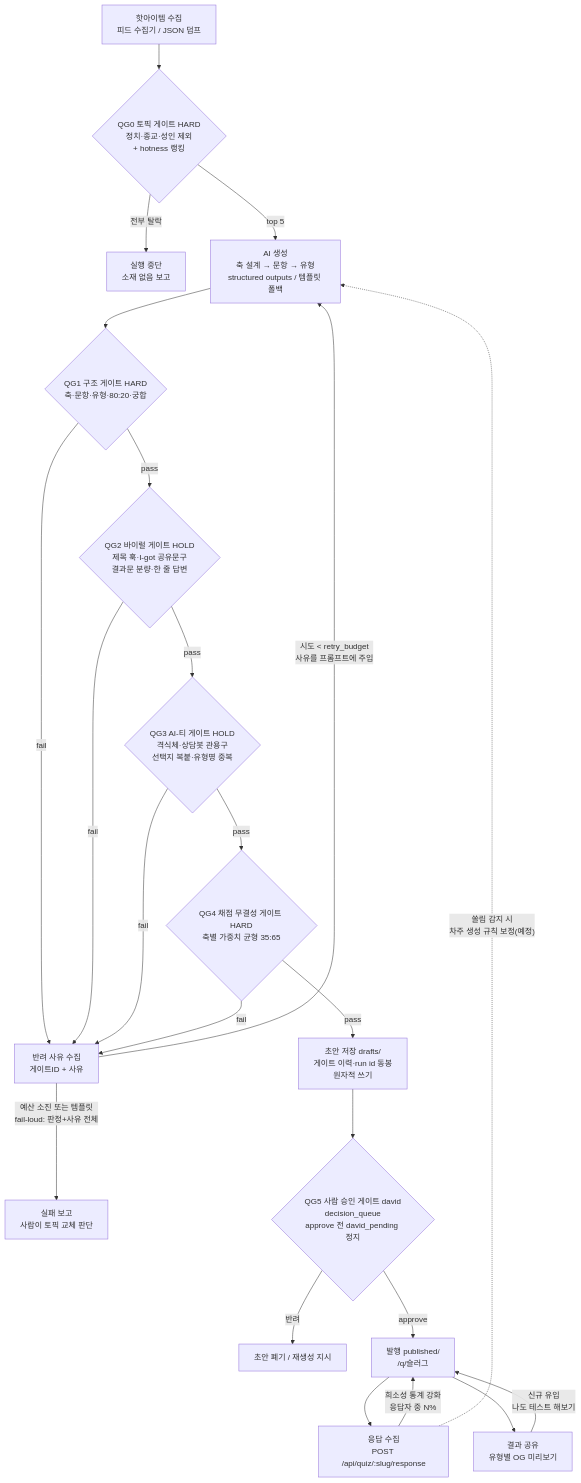
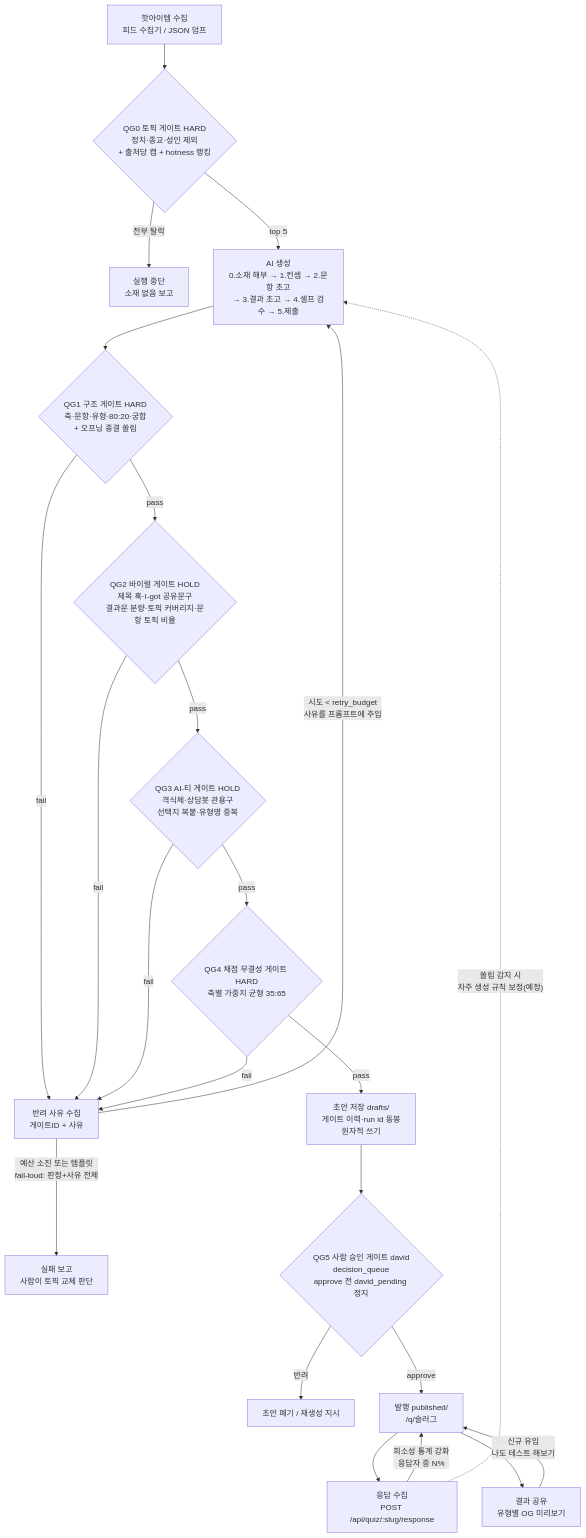
One commit to comeva2kr/ai-command-bus changed the diagram in docs/quiz-loopgate.md. Above: the diagram before and after it, drawn with Mermaid. The commit also changed other lines of this file and 7 other files, not shown here.

````diff
--- a/docs/quiz-loopgate.md
+++ b/docs/quiz-loopgate.md
@@ -34,29 +45,29 @@
 ```mermaid
 flowchart TD
-    A[핫아이템 수집<br/>피드 수집기 / JSON 덤프] --> G0{QG0 토픽 게이트 HARD<br/>정치·종교·성인 제외<br/>+ hotness 랭킹}
+    A[핫아이템 수집<br/>피드 수집기 / JSON 덤프] --> G0{QG0 토픽 게이트 HARD<br/>정치·종교·성인 제외<br/>+ 출처당 캡 + hotness 랭킹}
     G0 -- 전부 탈락 --> X0[실행 중단<br/>소재 없음 보고]
-    G0 -- top 5 --> GEN[AI 생성<br/>축 설계 → 문항 → 유형<br/>structured outputs / 템플릿 폴백]
+    G0 -- top 5 --> GEN[AI 생성<br/>0.소재 해부 → 1.컨셉 → 2.문항 초고<br/>→ 3.결과 초고 → 4.셀프 검수 → 5.제출]
 
-    GEN --> G1{QG1 구조 게이트 HARD<br/>축·문항·유형·80:20·궁합}
+    GEN --> G1{QG1 구조 게이트 HARD<br/>축·문항·유형·80:20·궁합<br/>+ 오프닝 종결 쏠림}
     G1 -- fail --> FB[반려 사유 수집<br/>게이트ID + 사유]
-    G1 -- pass --> G2{QG2 바이럴 게이트 HOLD<br/>제목 훅·I-got 공유문구<br/>결과문 분량·한 줄 답변}
+    G1 -- pass --> G2{QG2 바이럴 게이트 HOLD<br/>제목 훅·I-got 공유문구<br/>결과문 분량·토픽 커버리지·문항 토픽 비율}
     G2 -- fail --> FB
     G2 -- pass --> G3{QG3 AI-티 게이트 HOLD<br/>격식체·상담봇 관용구<br/>선택지 복붙·유형명 중복}
     G3 -- fail --> FB
     G3 -- pass --> G4{QG4 채점 무결성 게이트 HARD<br/>축별 가중치 균형 35:65}
     G4 -- fail --> FB
     G4 -- pass --> DRAFT[초안 저장 drafts/<br/>게이트 이력·run id 동봉<br/>원자적 쓰기]
 
     FB -- "시도 < retry_budget<br/>사유를 프롬프트에 주입" --> GEN
     FB -- "예산 소진 또는 템플릿<br/>fail-loud: 판정+사유 전체" --> X1[실패 보고<br/>사람이 토픽 교체 판단]
 
     DRAFT --> G5{QG5 사람 승인 게이트 david<br/>decision_queue<br/>approve 전 david_pending 정지}
     G5 -- 반려 --> X2[초안 폐기 / 재생성 지시]
     G5 -- approve --> PUB[발행 published/<br/>/q/슬러그]
 
     PUB --> RESP[응답 수집<br/>POST /api/quiz/:slug/response]
     RESP -- "희소성 통계 강화<br/>응답자 중 N%" --> PUB
     PUB --> SHARE[결과 공유<br/>유형별 OG 미리보기]
     SHARE -- "신규 유입<br/>나도 테스트 해보기" --> PUB
     RESP -. "쏠림 감지 시<br/>차주 생성 규칙 보정(예정)" .-> GEN
 ```
````
